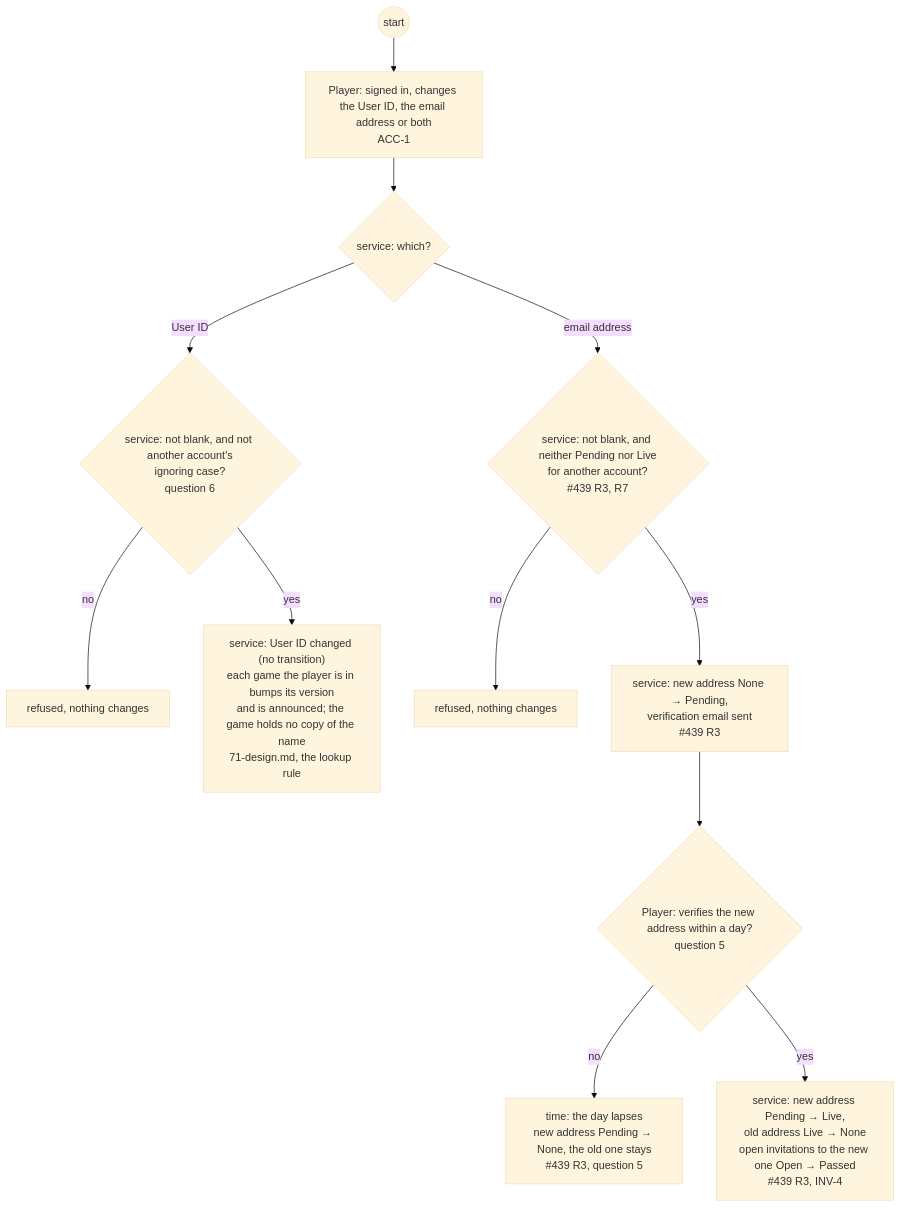
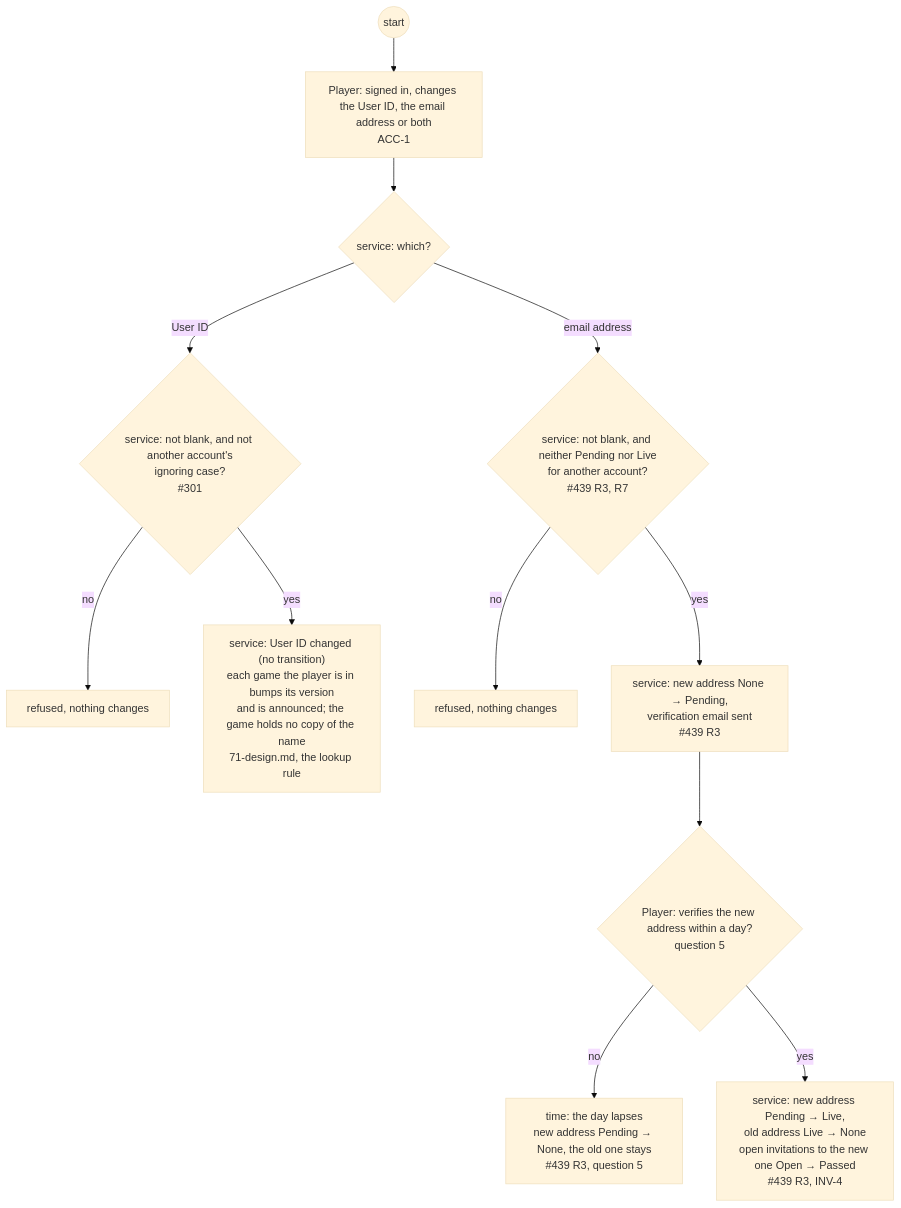
The fourth of 29 diagrams in docs/changes/workstreams/application-game-architecture/71-one-game-model/71-functional.md (delphside/programme), drawn with Mermaid (base theme) before and after one commit. The commit also changed other lines of this file, not shown here.

````diff
--- a/docs/changes/workstreams/application-game-architecture/71-one-game-model/71-functional.md
+++ b/docs/changes/workstreams/application-game-architecture/71-one-game-model/71-functional.md
@@ -120,14 +118,14 @@
 ```mermaid
 flowchart TD
   s0((start)) --> p1["Player: signed in, changes the User ID, the email address or both<br/>ACC-1"]
   p1 --> d0{"service: which?"}
-  d0 -- "User ID" --> v1{"service: not blank, and not another account's<br/>ignoring case?<br/>question 6"}
+  d0 -- "User ID" --> v1{"service: not blank, and not another account's<br/>ignoring case?<br/>#301"}
   v1 -- no --> r1["refused, nothing changes"]
   v1 -- yes --> t1["service: User ID changed (no transition)<br/>each game the player is in bumps its version<br/>and is announced; the game holds no copy of the name<br/>71-design.md, the lookup rule"]
   d0 -- "email address" --> v2{"service: not blank, and neither Pending nor Live<br/>for another account?<br/>#439 R3, R7"}
   v2 -- no --> r2["refused, nothing changes"]
   v2 -- yes --> t2["service: new address None → Pending,<br/>verification email sent<br/>#439 R3"]
   t2 --> d1{"Player: verifies the new address within a day?<br/>question 5"}
   d1 -- no --> t3["time: the day lapses<br/>new address Pending → None, the old one stays<br/>#439 R3, question 5"]
   d1 -- yes --> t4["service: new address Pending → Live,<br/>old address Live → None<br/>open invitations to the new one Open → Passed<br/>#439 R3, INV-4"]
 ```
````
